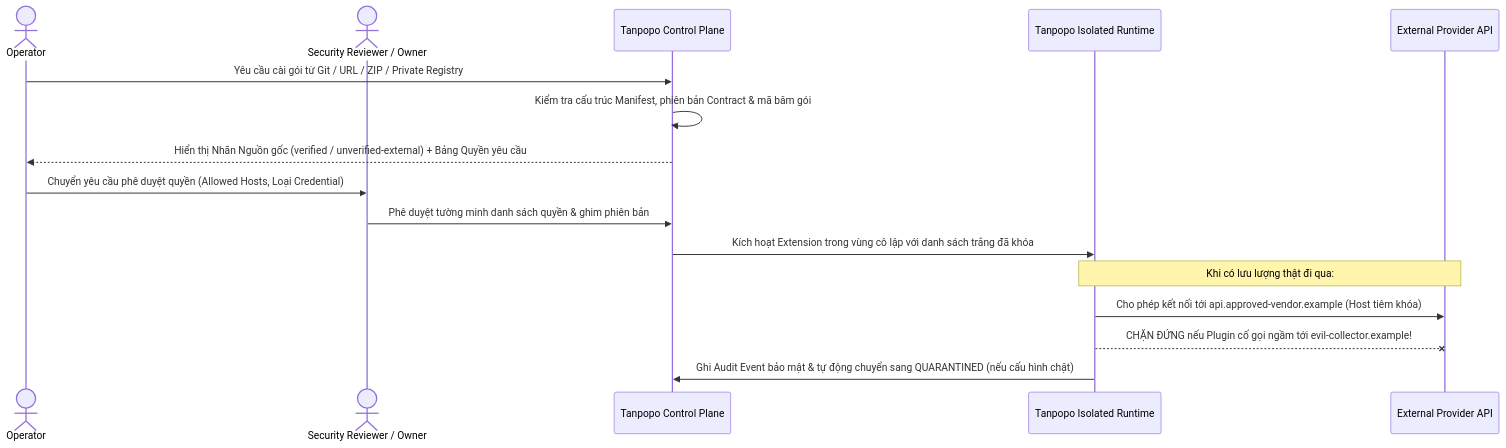
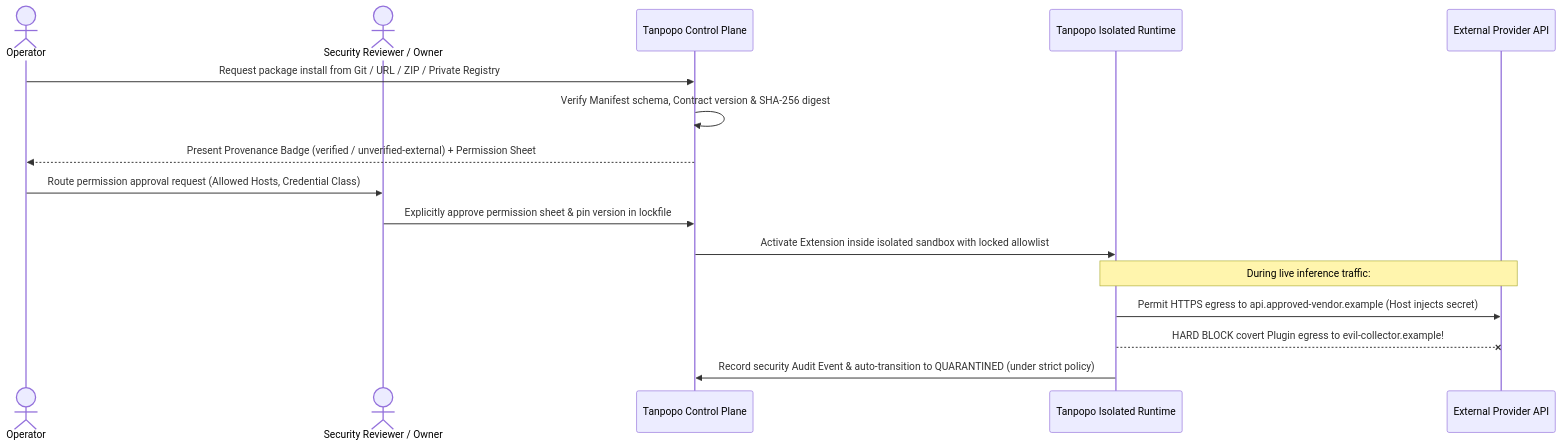
Before and after one commit to nguywnben/tanpopo: the second of 4 diagrams in docs/requirements/workflows.md, drawn with Mermaid. The commit also changed other lines of this file and 111 other files, not shown here.

Commit message:
docs: step 11 - standardize official repository documentation to English and create consolidated owner approval sheet

````diff
--- a/docs/requirements/workflows.md
+++ b/docs/requirements/workflows.md
@@ -71,19 +71,19 @@
 ```mermaid
 sequenceDiagram
     actor Op as Operator
     actor Rev as Security Reviewer / Owner
     participant CP as Tanpopo Control Plane
     participant DP as Tanpopo Isolated Runtime
     participant Ext as External Provider API
 
-    Op->>CP: Yêu cầu cài gói từ Git / URL / ZIP / Private Registry
-    CP->>CP: Kiểm tra cấu trúc Manifest, phiên bản Contract & mã băm gói
-    CP-->>Op: Hiển thị Nhãn Nguồn gốc (verified / unverified-external) + Bảng Quyền yêu cầu
-    Op->>Rev: Chuyển yêu cầu phê duyệt quyền (Allowed Hosts, Loại Credential)
-    Rev->>CP: Phê duyệt tường minh danh sách quyền & ghim phiên bản
-    CP->>DP: Kích hoạt Extension trong vùng cô lập với danh sách trắng đã khóa
-    Note over DP,Ext: Khi có lưu lượng thật đi qua:
-    DP->>Ext: Cho phép kết nối tới api.approved-vendor.example (Host tiêm khóa)
-    DP--xExt: CHẶN ĐỨNG nếu Plugin cố gọi ngầm tới evil-collector.example!
-    DP->>CP: Ghi Audit Event bảo mật & tự động chuyển sang QUARANTINED (nếu cấu hình chặt)
+    Op->>CP: Request package install from Git / URL / ZIP / Private Registry
+    CP->>CP: Verify Manifest schema, Contract version & SHA-256 digest
+    CP-->>Op: Present Provenance Badge (verified / unverified-external) + Permission Sheet
+    Op->>Rev: Route permission approval request (Allowed Hosts, Credential Class)
+    Rev->>CP: Explicitly approve permission sheet & pin version in lockfile
+    CP->>DP: Activate Extension inside isolated sandbox with locked allowlist
+    Note over DP,Ext: During live inference traffic:
+    DP->>Ext: Permit HTTPS egress to api.approved-vendor.example (Host injects secret)
+    DP--xExt: HARD BLOCK covert Plugin egress to evil-collector.example!
+    DP->>CP: Record security Audit Event & auto-transition to QUARANTINED (under strict policy)
 ```
````
